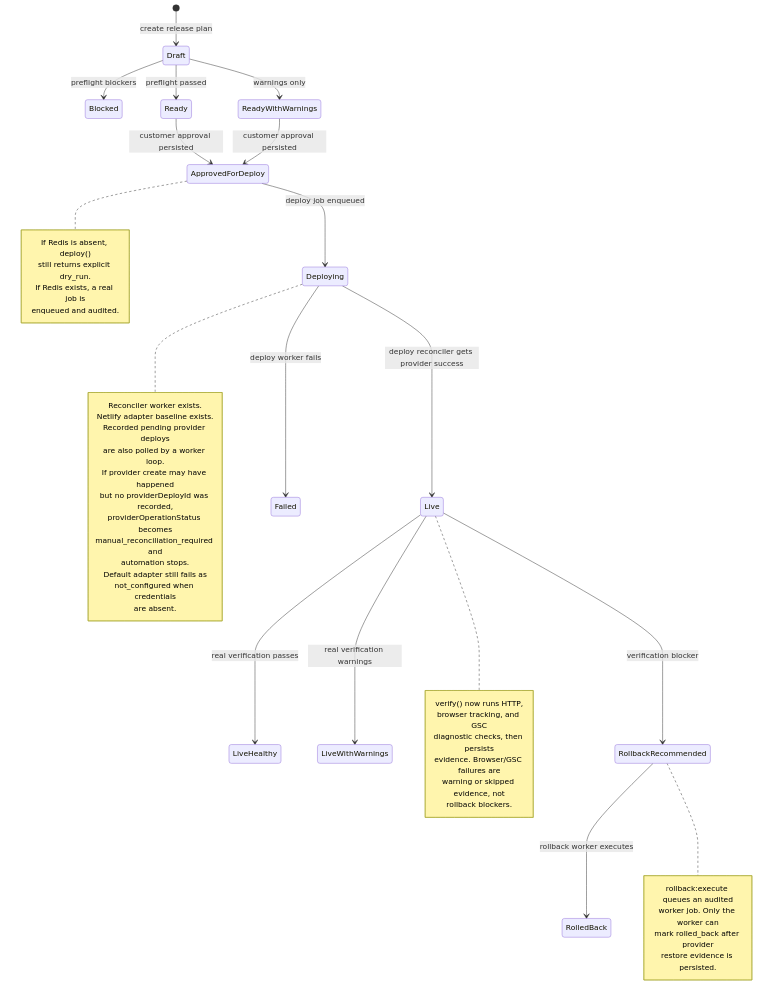
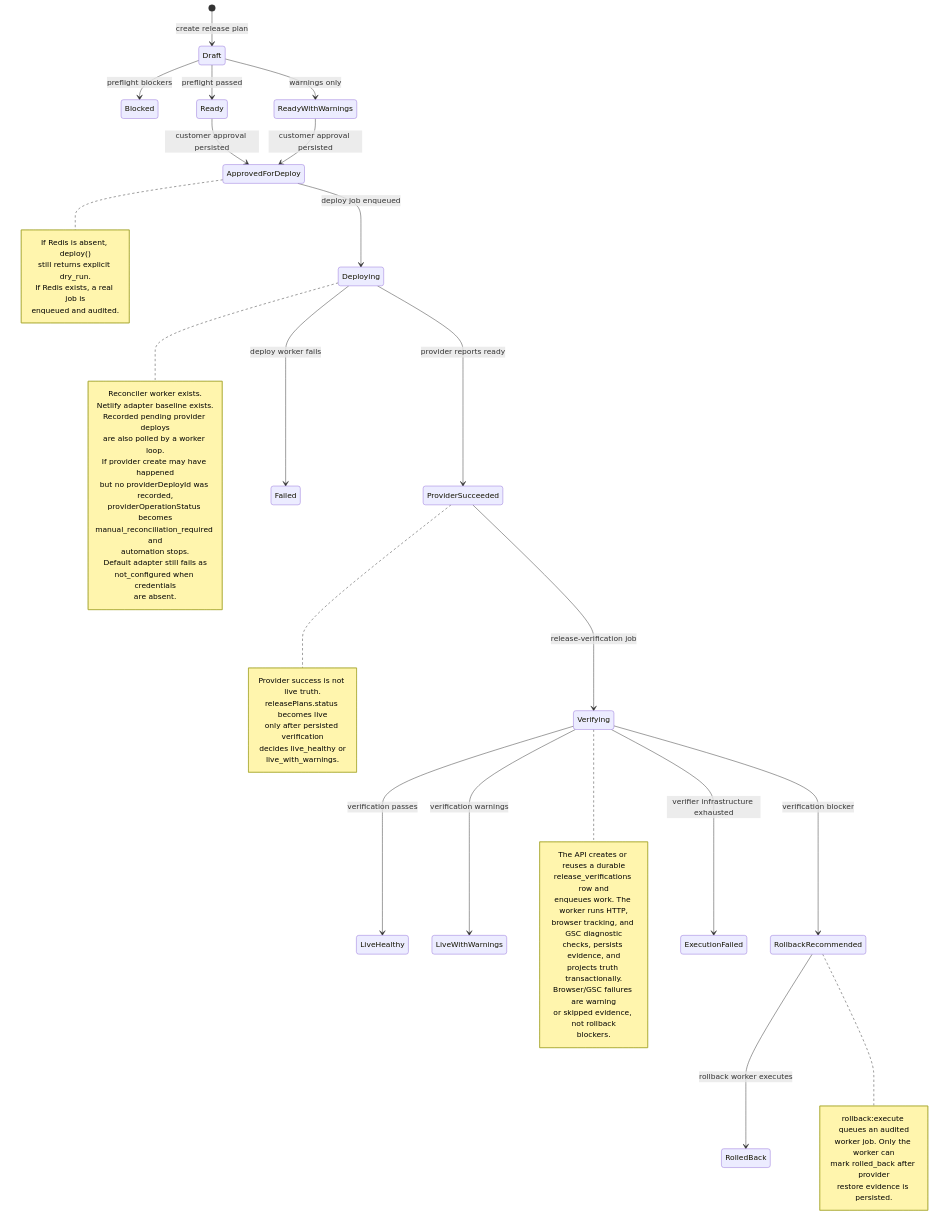
The second of 3 diagrams in docs/architecture/backend-foundation-status.md (mayett515/Seo_automatisation), drawn with Mermaid before and after one commit. The commit also changed other lines of this file and 9 other files, not shown here.

````diff
--- a/docs/architecture/backend-foundation-status.md
+++ b/docs/architecture/backend-foundation-status.md
@@ -67,54 +67,67 @@
 ```mermaid
 stateDiagram-v2
   [*] --> Draft: create release plan
   Draft --> Blocked: preflight blockers
   Draft --> Ready: preflight passed
   Draft --> ReadyWithWarnings: warnings only
   Ready --> ApprovedForDeploy: customer approval persisted
   ReadyWithWarnings --> ApprovedForDeploy: customer approval persisted
   ApprovedForDeploy --> Deploying: deploy job enqueued
-  Deploying --> Live: deploy reconciler gets provider success
+  Deploying --> ProviderSucceeded: provider reports ready
   Deploying --> Failed: deploy worker fails
-  Live --> LiveHealthy: real verification passes
-  Live --> LiveWithWarnings: real verification warnings
-  Live --> RollbackRecommended: verification blocker
+  ProviderSucceeded --> Verifying: release-verification job
+  Verifying --> LiveHealthy: verification passes
+  Verifying --> LiveWithWarnings: verification warnings
+  Verifying --> RollbackRecommended: verification blocker
+  Verifying --> ExecutionFailed: verifier infrastructure exhausted
   RollbackRecommended --> RolledBack: rollback worker executes
 
   note right of Deploying
     Reconciler worker exists.
     Netlify adapter baseline exists.
     Recorded pending provider deploys
     are also polled by a worker loop.
     If provider create may have happened
     but no providerDeployId was recorded,
     providerOperationStatus becomes
     manual_reconciliation_required and
     automation stops.
     Default adapter still fails as
     not_configured when credentials
     are absent.
   end note
 
   note right of ApprovedForDeploy
     If Redis is absent, deploy()
     still returns explicit dry_run.
     If Redis exists, a real job is
     enqueued and audited.
   end note
 
-  note right of Live
-    verify() now runs HTTP,
-    browser tracking, and GSC
-    diagnostic checks, then persists
-    evidence. Browser/GSC failures are
-    warning or skipped evidence, not
-    rollback blockers.
+  note right of ProviderSucceeded
+    Provider success is not live truth.
+    releasePlans.status becomes live
+    only after persisted verification
+    decides live_healthy or
+    live_with_warnings.
+  end note
+
+  note right of Verifying
+    The API creates or reuses a durable
+    release_verifications row and
+    enqueues work. The worker runs HTTP,
+    browser tracking, and GSC diagnostic
+    checks, persists evidence, and
+    projects truth transactionally.
+    Browser/GSC failures are warning
+    or skipped evidence, not rollback
+    blockers.
   end note
 
   note right of RollbackRecommended
     rollback:execute queues an audited
     worker job. Only the worker can
     mark rolled_back after provider
     restore evidence is persisted.
   end note
 ```
````
